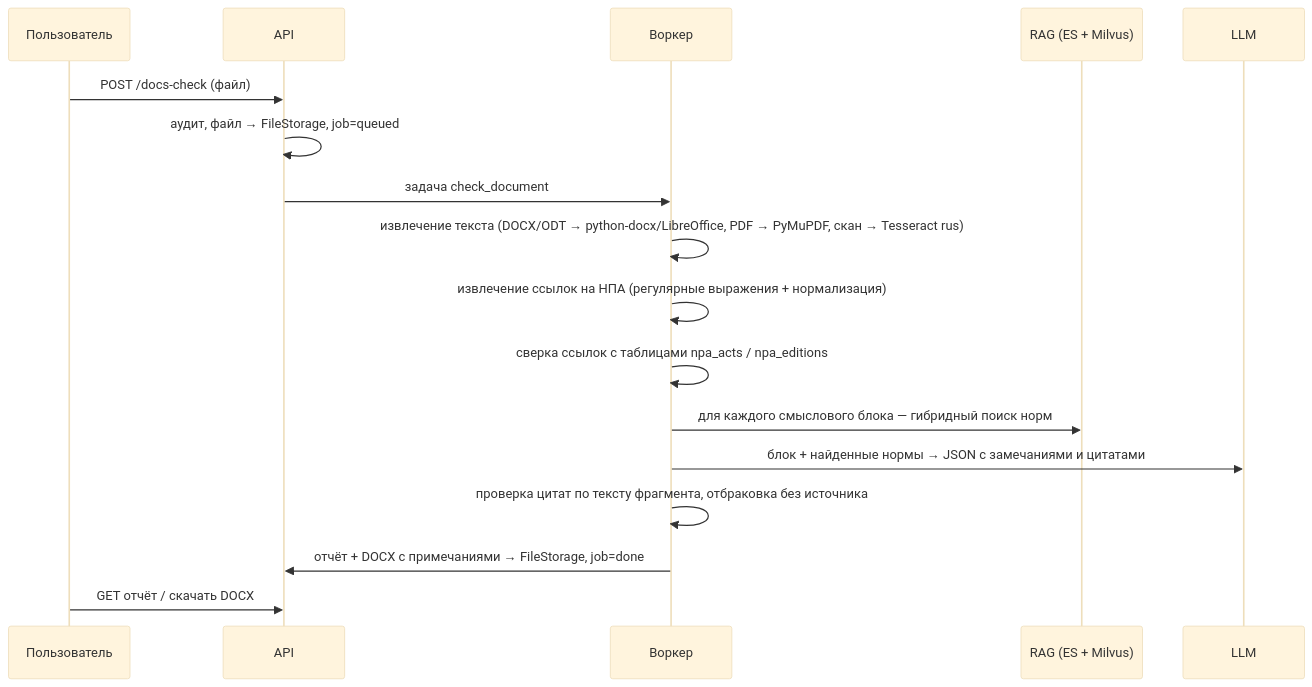
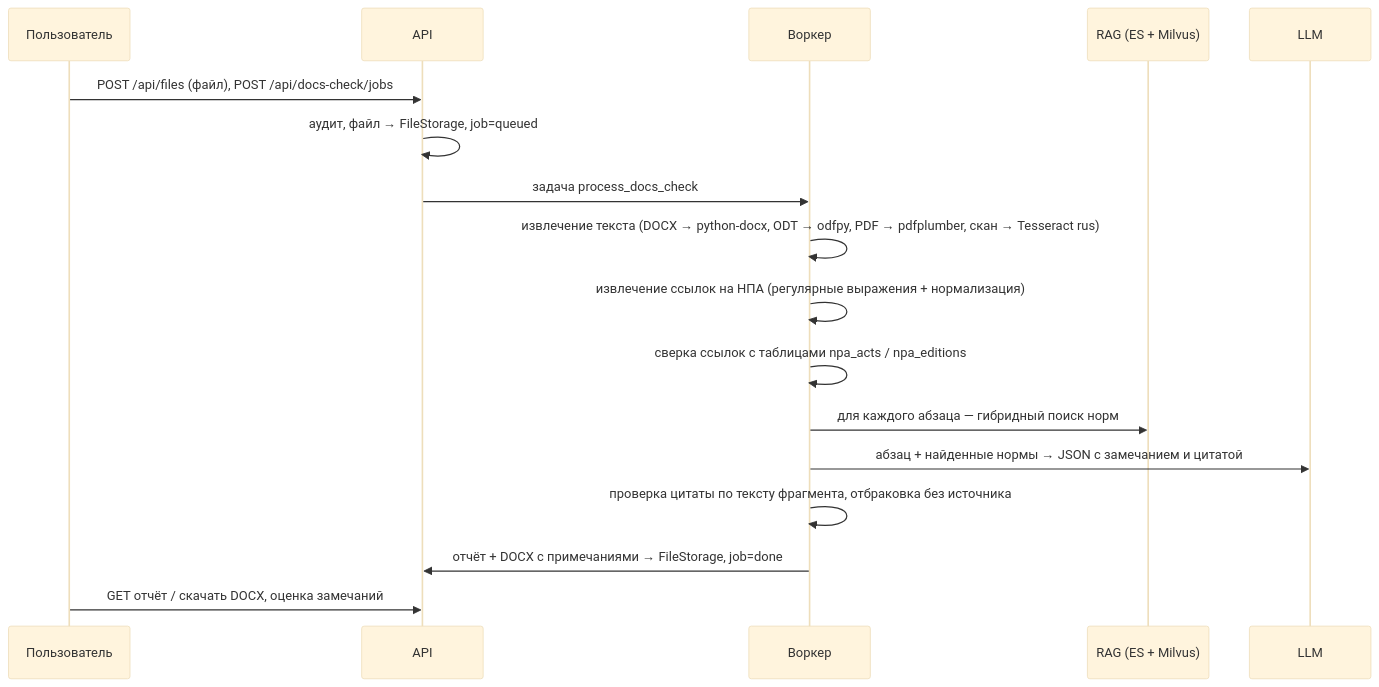
Before and after one commit to Fgeeha/gosdoc-assistant: the second of 5 diagrams in docs/architecture.md, drawn with Mermaid (base theme). The commit also changed other lines of this file and 3 other files, not shown here.

````diff
--- a/docs/architecture.md
+++ b/docs/architecture.md
@@ -101,19 +105,19 @@
 ```mermaid
 sequenceDiagram
     participant U as Пользователь
     participant A as API
     participant W as Воркер
     participant R as RAG (ES + Milvus)
     participant L as LLM
-    U->>A: POST /docs-check (файл)
+    U->>A: POST /api/files (файл), POST /api/docs-check/jobs
     A->>A: аудит, файл → FileStorage, job=queued
-    A->>W: задача check_document
-    W->>W: извлечение текста (DOCX/ODT → python-docx/LibreOffice, PDF → PyMuPDF, скан → Tesseract rus)
+    A->>W: задача process_docs_check
+    W->>W: извлечение текста (DOCX → python-docx, ODT → odfpy, PDF → pdfplumber, скан → Tesseract rus)
     W->>W: извлечение ссылок на НПА (регулярные выражения + нормализация)
     W->>W: сверка ссылок с таблицами npa_acts / npa_editions
-    W->>R: для каждого смыслового блока — гибридный поиск норм
-    W->>L: блок + найденные нормы → JSON с замечаниями и цитатами
-    W->>W: проверка цитат по тексту фрагмента, отбраковка без источника
+    W->>R: для каждого абзаца — гибридный поиск норм
+    W->>L: абзац + найденные нормы → JSON с замечанием и цитатой
+    W->>W: проверка цитаты по тексту фрагмента, отбраковка без источника
     W->>A: отчёт + DOCX с примечаниями → FileStorage, job=done
-    U->>A: GET отчёт / скачать DOCX
+    U->>A: GET отчёт / скачать DOCX, оценка замечаний
 ```
````
